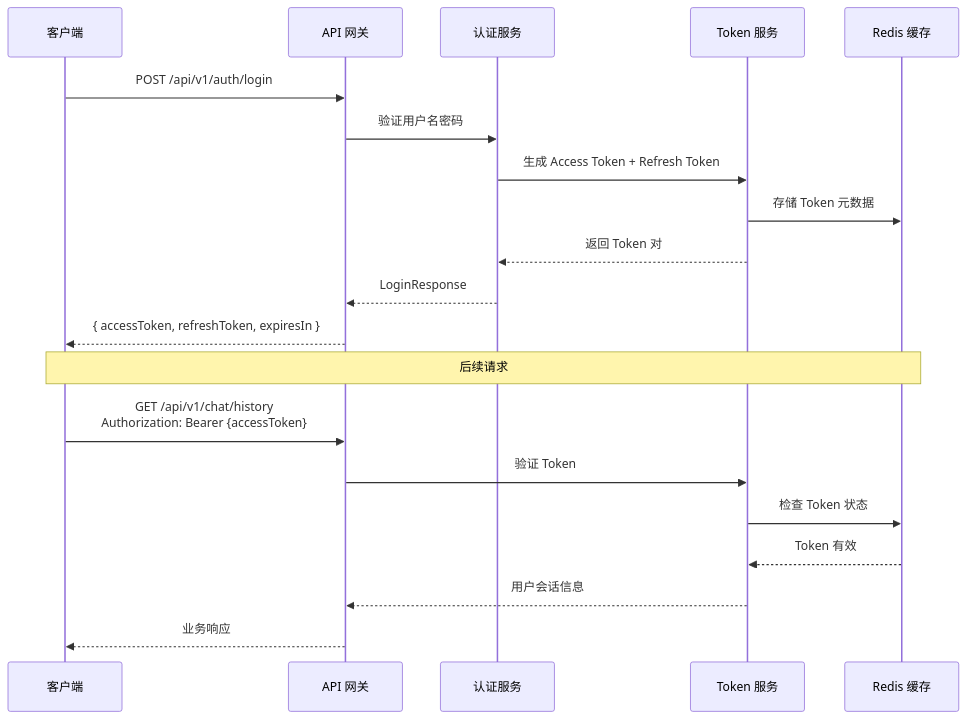
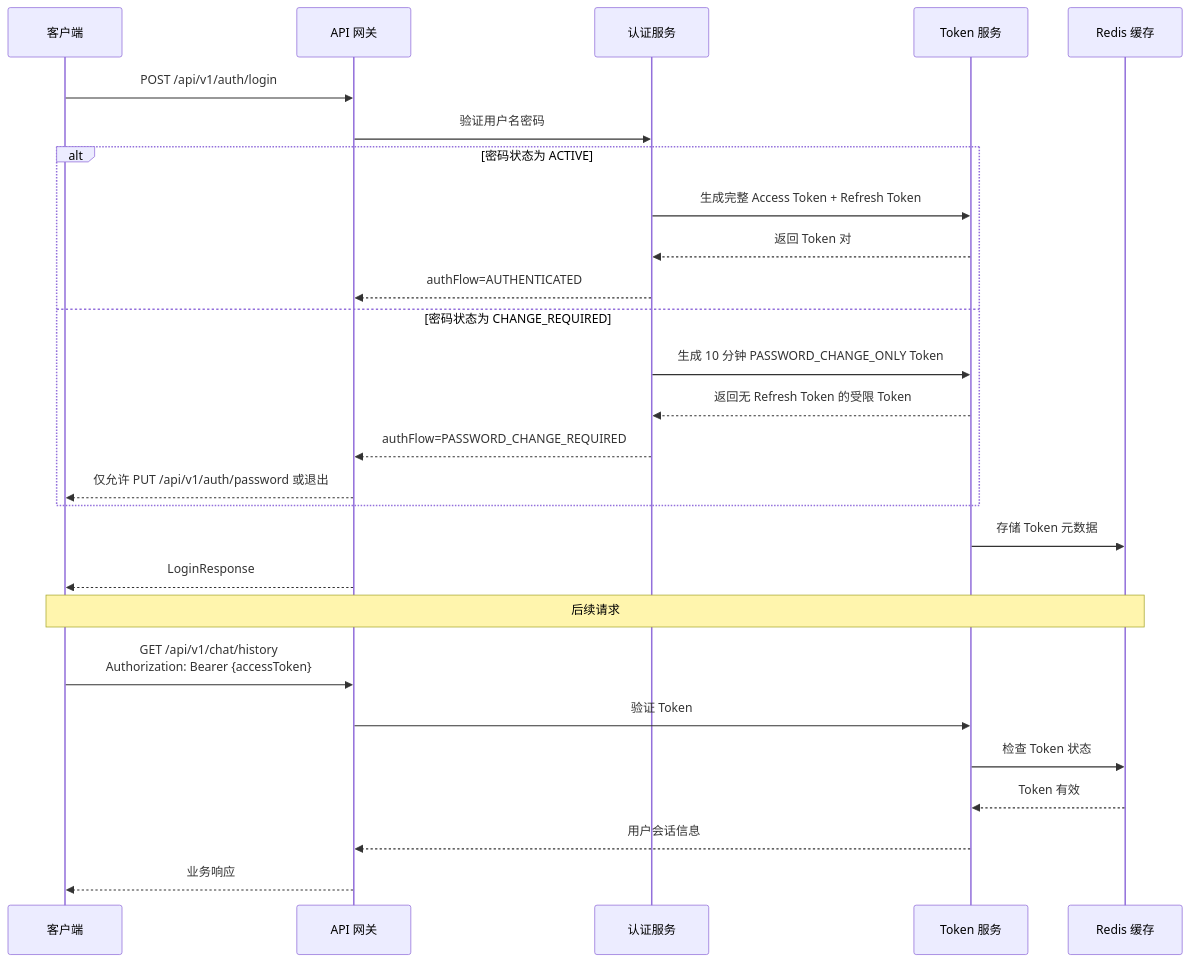
The second of 6 diagrams in docs/OpenAPI & 插件集成指南.md (yuxiuliang/lingsql-engine), drawn with Mermaid before and after one commit. The commit also changed other lines of this file and 44 other files, not shown here.

````diff
--- a/docs/OpenAPI & 插件集成指南.md
+++ b/docs/OpenAPI & 插件集成指南.md
@@ -123,25 +123,32 @@
 ```mermaid
 sequenceDiagram
     participant Client as 客户端
     participant API as API 网关
     participant Auth as 认证服务
     participant Token as Token 服务
     participant Redis as Redis 缓存
 
     Client->>API: POST /api/v1/auth/login
     API->>Auth: 验证用户名密码
-    Auth->>Token: 生成 Access Token + Refresh Token
+    alt 密码状态为 ACTIVE
+        Auth->>Token: 生成完整 Access Token + Refresh Token
+        Token-->>Auth: 返回 Token 对
+        Auth-->>API: authFlow=AUTHENTICATED
+    else 密码状态为 CHANGE_REQUIRED
+        Auth->>Token: 生成 10 分钟 PASSWORD_CHANGE_ONLY Token
+        Token-->>Auth: 返回无 Refresh Token 的受限 Token
+        Auth-->>API: authFlow=PASSWORD_CHANGE_REQUIRED
+        API-->>Client: 仅允许 PUT /api/v1/auth/password 或退出
+    end
     Token->>Redis: 存储 Token 元数据
-    Token-->>Auth: 返回 Token 对
-    Auth-->>API: LoginResponse
-    API-->>Client: { accessToken, refreshToken, expiresIn }
+    API-->>Client: LoginResponse
 
     Note over Client,Redis: 后续请求
 
     Client->>API: GET /api/v1/chat/history<br/>Authorization: Bearer {accessToken}
     API->>Token: 验证 Token
     Token->>Redis: 检查 Token 状态
     Redis-->>Token: Token 有效
     Token-->>API: 用户会话信息
     API-->>Client: 业务响应
 ```
````
